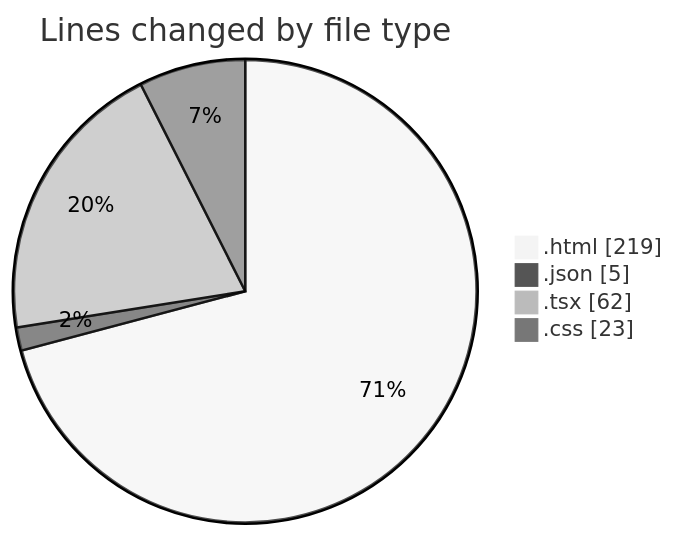
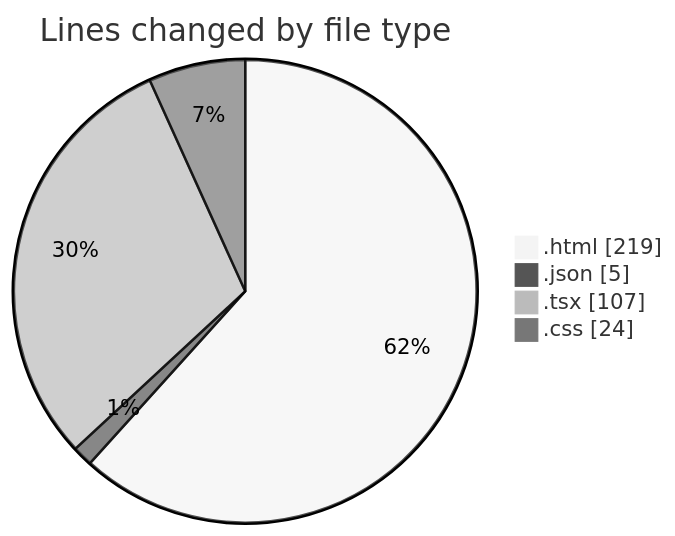
Before and after one commit to Ritupan-Deka/code-tracking: the first of 2 diagrams in 2025-06-25/scopecraft/README.md, drawn with Mermaid (neutral theme). The commit also changed other lines of this file and 1 other file, not shown here.

````diff
--- a/2025-06-25/scopecraft/README.md
+++ b/2025-06-25/scopecraft/README.md
@@ -24,8 +26,8 @@
 ```mermaid
 pie showData
 title Lines changed by file type
 ".html" : 219
 ".json" : 5
-".tsx" : 62
-".css" : 23
+".tsx" : 107
+".css" : 24
 ```
````
